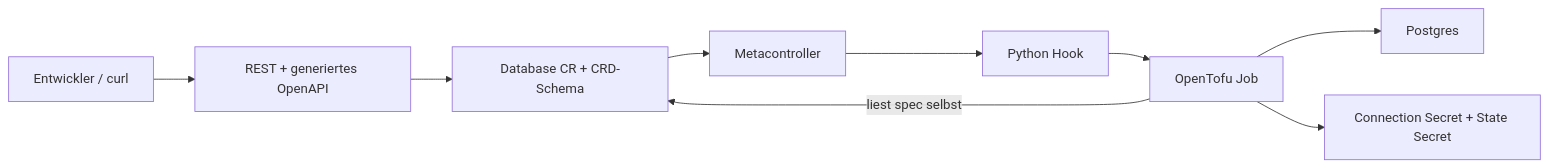
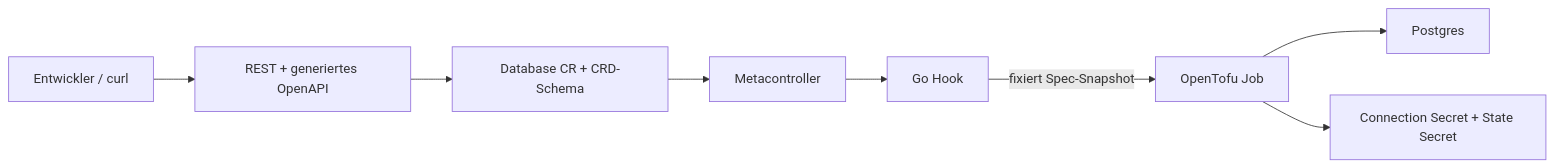
One commit to hingst-it/panko changed the diagram in docs/local-lab.de.md. Above: the diagram before and after it, drawn with Mermaid. The commit also changed other lines of this file and 78 other files, not shown here.

````diff
--- a/docs/local-lab.de.md
+++ b/docs/local-lab.de.md
@@ -9,11 +11,10 @@
 ```mermaid
 flowchart LR
   Dev[Entwickler / curl] --> Gateway[REST + generiertes OpenAPI]
   Gateway --> CR[Database CR + CRD-Schema]
   CR --> Meta[Metacontroller]
-  Meta --> Hook[Python Hook]
-  Hook --> Job[OpenTofu Job]
-  Job -->|liest spec selbst| CR
+  Meta --> Hook[Go Hook]
+  Hook -->|fixiert Spec-Snapshot| Job[OpenTofu Job]
   Job --> PG[Postgres]
   Job --> Secret[Connection Secret + State Secret]
 ```
````
